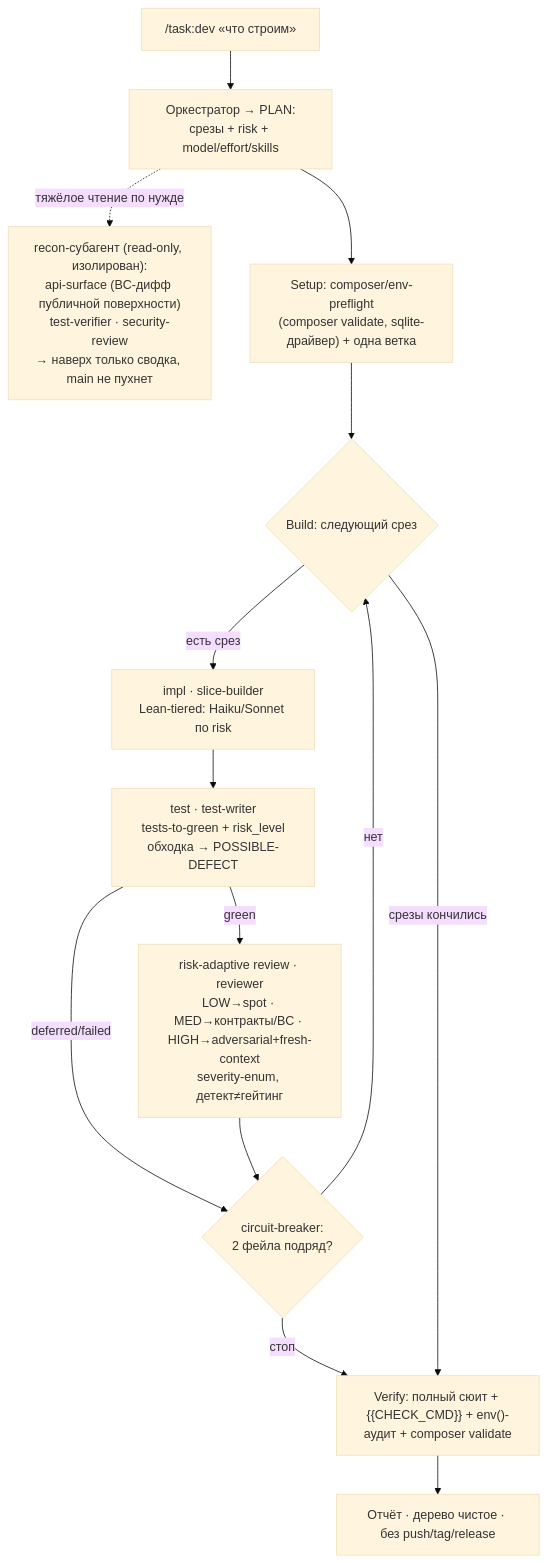
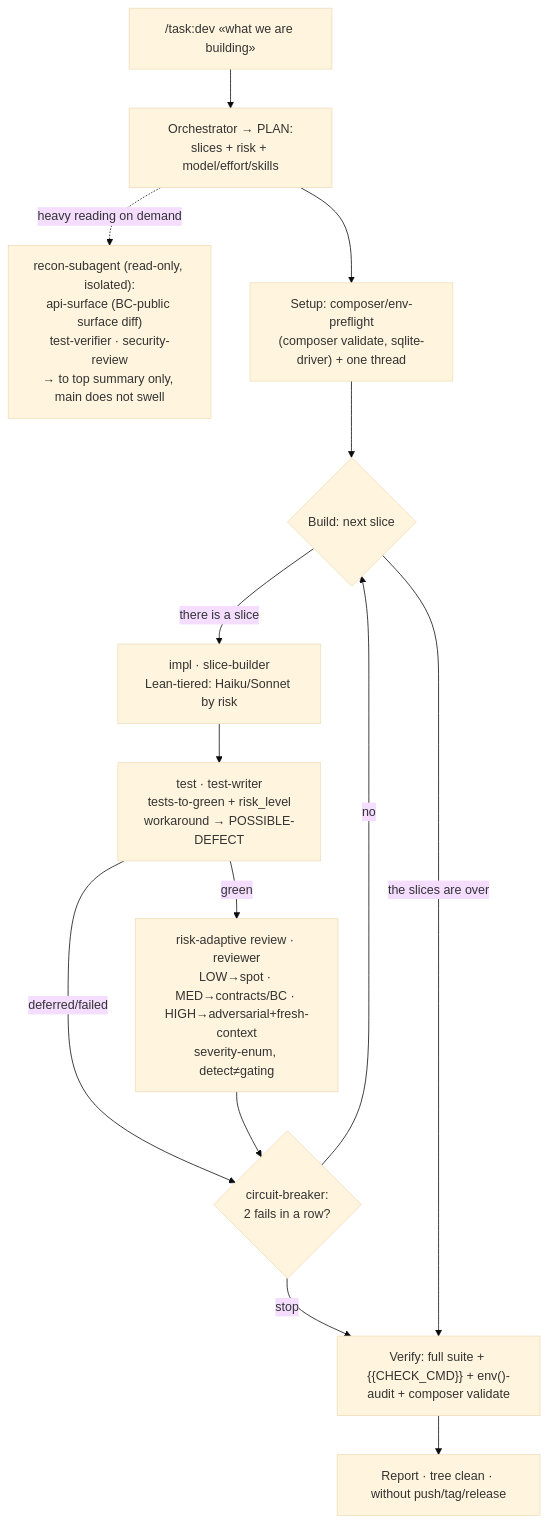
The diagram in packages/harness/configs/claude-code/agent-packs/laravel-package/docs/subagents-and-workflows.md (academici/swissknifeman), drawn with Mermaid (base theme) before and after one commit. The commit also changed other lines of this file and 1553 other files, not shown here.

````diff
--- a/packages/harness/configs/claude-code/agent-packs/laravel-package/docs/subagents-and-workflows.md
+++ b/packages/harness/configs/claude-code/agent-packs/laravel-package/docs/subagents-and-workflows.md
@@ -32,16 +32,16 @@
 ```mermaid
 flowchart TD
-  U["/task:dev «что строим»"] --> O["Оркестратор → PLAN:<br/>срезы + risk + model/effort/skills"]
-  O -. "тяжёлое чтение по нужде" .-> REC["recon-субагент (read-only, изолирован):<br/>api-surface (BC-дифф публичной поверхности)<br/>test-verifier · security-review<br/>→ наверх только сводка, main не пухнет"]
-  O --> SET["Setup: composer/env-preflight<br/>(composer validate, sqlite-драйвер) + одна ветка"]
-  SET --> BUILD{"Build: следующий срез"}
-  BUILD -->|"есть срез"| IMPL["impl · slice-builder<br/>Lean-tiered: Haiku/Sonnet по risk"]
-  IMPL --> TEST["test · test-writer<br/>tests-to-green + risk_level<br/>обходка → POSSIBLE-DEFECT"]
-  TEST -->|"green"| REV["risk-adaptive review · reviewer<br/>LOW→spot · MED→контракты/BC · HIGH→adversarial+fresh-context<br/>severity-enum, детект≠гейтинг"]
+  U["/task:dev «what we are building»"] --> O["Orchestrator → PLAN:<br/>slices + risk + model/effort/skills"]
+  O -. "heavy reading on demand" .-> REC["recon-subagent (read-only, isolated):<br/>api-surface (BC-public surface diff)<br/>test-verifier · security-review<br/>→ to top summary only, main does not swell"]
+  O --> SET["Setup: composer/env-preflight<br/>(composer validate, sqlite-driver) + one thread"]
+  SET --> BUILD{"Build: next slice"}
+  BUILD -->|"there is a slice"| IMPL["impl · slice-builder<br/>Lean-tiered: Haiku/Sonnet by risk"]
+  IMPL --> TEST["test · test-writer<br/>tests-to-green + risk_level<br/>workaround → POSSIBLE-DEFECT"]
+  TEST -->|"green"| REV["risk-adaptive review · reviewer<br/>LOW→spot · MED→contracts/BC · HIGH→adversarial+fresh-context<br/>severity-enum, detect≠gating"]
   TEST -->|"deferred/failed"| CB
-  REV --> CB{"circuit-breaker:<br/>2 фейла подряд?"}
-  CB -->|"нет"| BUILD
-  CB -->|"стоп"| VER
-  BUILD -->|"срезы кончились"| VER["Verify: полный сюит + {{CHECK_CMD}} + env()-аудит + composer validate"]
-  VER --> DONE["Отчёт · дерево чистое · без push/tag/release"]
+  REV --> CB{"circuit-breaker:<br/>2 fails in a row?"}
+  CB -->|"no"| BUILD
+  CB -->|"stop"| VER
+  BUILD -->|"the slices are over"| VER["Verify: full suite + {{CHECK_CMD}} + env()-audit + composer validate"]
+  VER --> DONE["Report · tree clean · without push/tag/release"]
 ```
````
